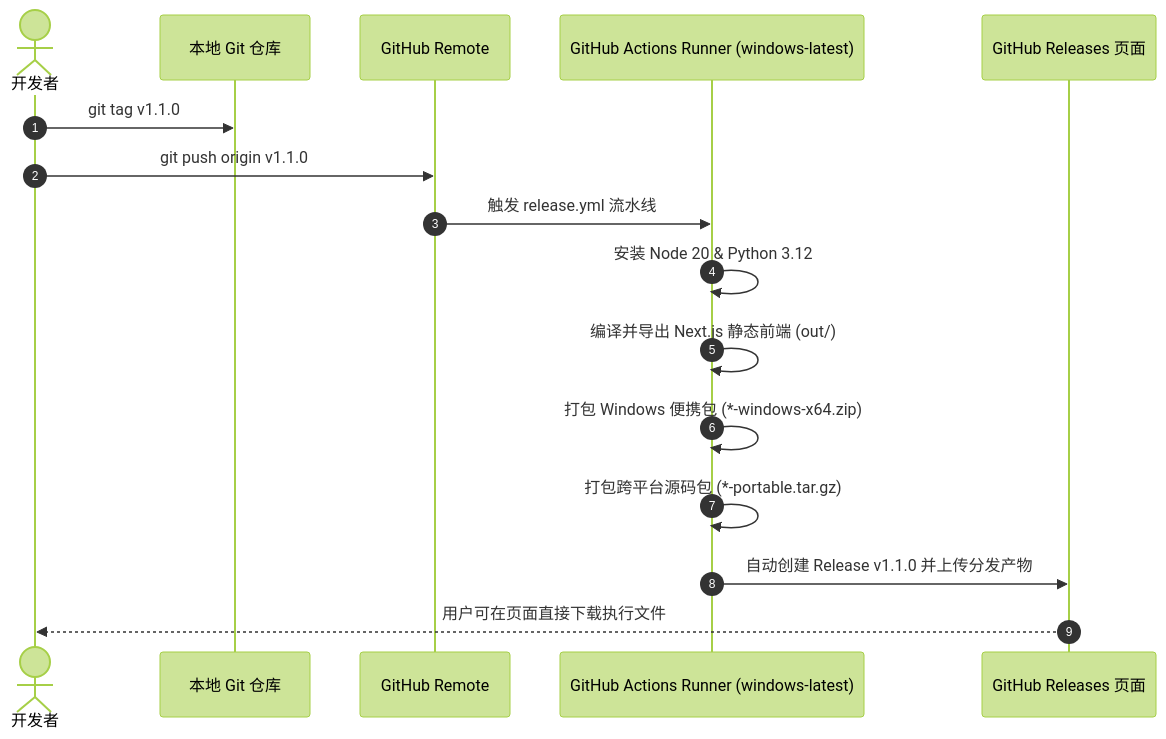
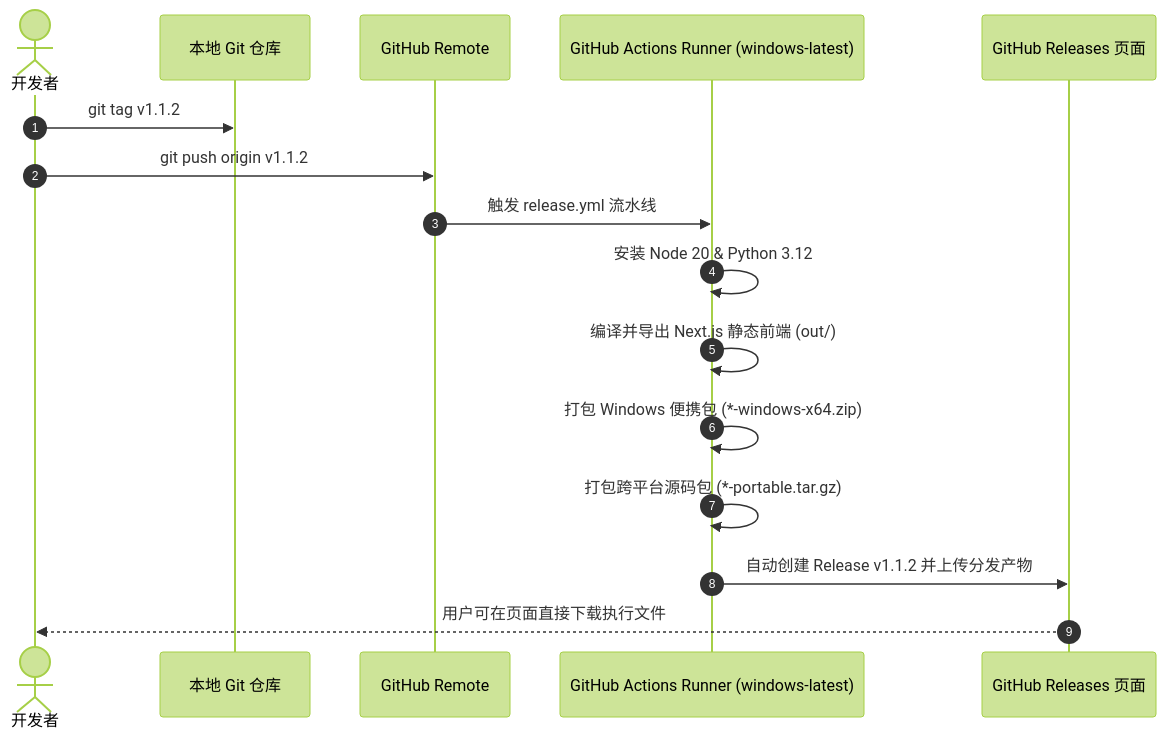
One commit to voodooq/agenthub-local changed the second of 2 diagrams in README.md. Above: the diagram before and after it, drawn with Mermaid (forest theme). The commit also changed other lines of this file and 29 other files, not shown here.

````diff
--- a/README.md
+++ b/README.md
@@ -143,19 +160,19 @@
 ```mermaid
 sequenceDiagram
     autonumber
     actor Dev as 开发者
     participant Git as 本地 Git 仓库
     participant GH as GitHub Remote
     participant Actions as GitHub Actions Runner (windows-latest)
     participant Releases as GitHub Releases 页面
 
-    Dev->>Git: git tag v1.1.0
-    Dev->>GH: git push origin v1.1.0
+    Dev->>Git: git tag v1.1.2
+    Dev->>GH: git push origin v1.1.2
     GH->>Actions: 触发 release.yml 流水线
     Actions->>Actions: 安装 Node 20 & Python 3.12
     Actions->>Actions: 编译并导出 Next.js 静态前端 (out/)
     Actions->>Actions: 打包 Windows 便携包 (*-windows-x64.zip)
     Actions->>Actions: 打包跨平台源码包 (*-portable.tar.gz)
-    Actions->>Releases: 自动创建 Release v1.1.0 并上传分发产物
+    Actions->>Releases: 自动创建 Release v1.1.2 并上传分发产物
     Releases-->>Dev: 用户可在页面直接下载执行文件
 ```
````
